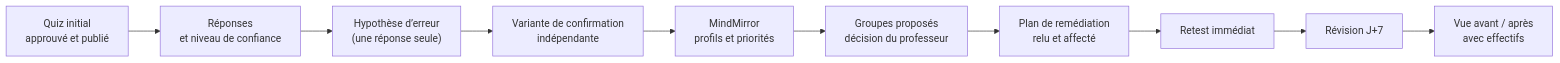
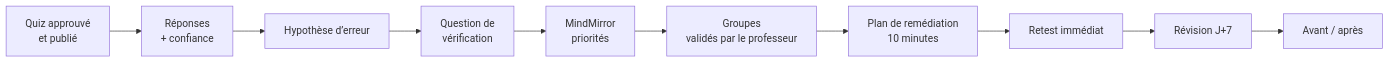
One commit to youssefrekik1/Neurvia changed the second of 3 diagrams in README.md. Above: the diagram before and after it, drawn with Mermaid. The commit also changed other lines of this file and 48 other files, not shown here.

````diff
--- a/README.md
+++ b/README.md
@@ -108,12 +141,12 @@
 ```mermaid
 flowchart LR
-    quiz["Quiz initial<br/>approuvé et publié"] --> answers["Réponses<br/>et niveau de confiance"]
-    answers --> hypothesis["Hypothèse d’erreur<br/>(une réponse seule)"]
-    hypothesis --> confirm["Variante de confirmation<br/>indépendante"]
-    confirm --> mirror["MindMirror<br/>profils et priorités"]
-    mirror --> groups["Groupes proposés<br/>décision du professeur"]
-    groups --> plan["Plan de remédiation<br/>relu et affecté"]
+    quiz["Quiz approuvé<br/>et publié"] --> answers["Réponses<br/>+ confiance"]
+    answers --> hypothesis["Hypothèse d’erreur"]
+    hypothesis --> confirm["Question de<br/>vérification"]
+    confirm --> mirror["MindMirror<br/>priorités"]
+    mirror --> groups["Groupes<br/>validés par le professeur"]
+    groups --> plan["Plan de remédiation<br/>10 minutes"]
     plan --> retest["Retest immédiat"]
     retest --> j7["Révision J+7"]
-    j7 --> compare["Vue avant / après<br/>avec effectifs"]
+    j7 --> compare["Avant / après"]
 ```
````
